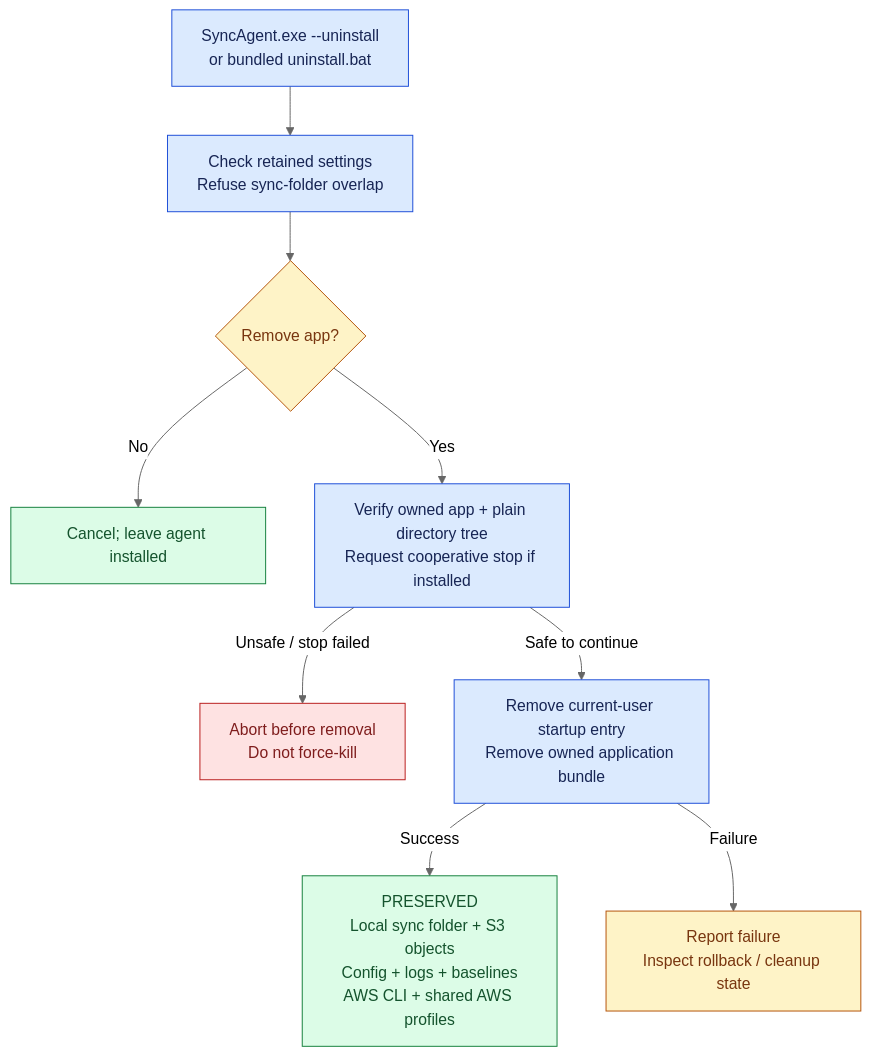
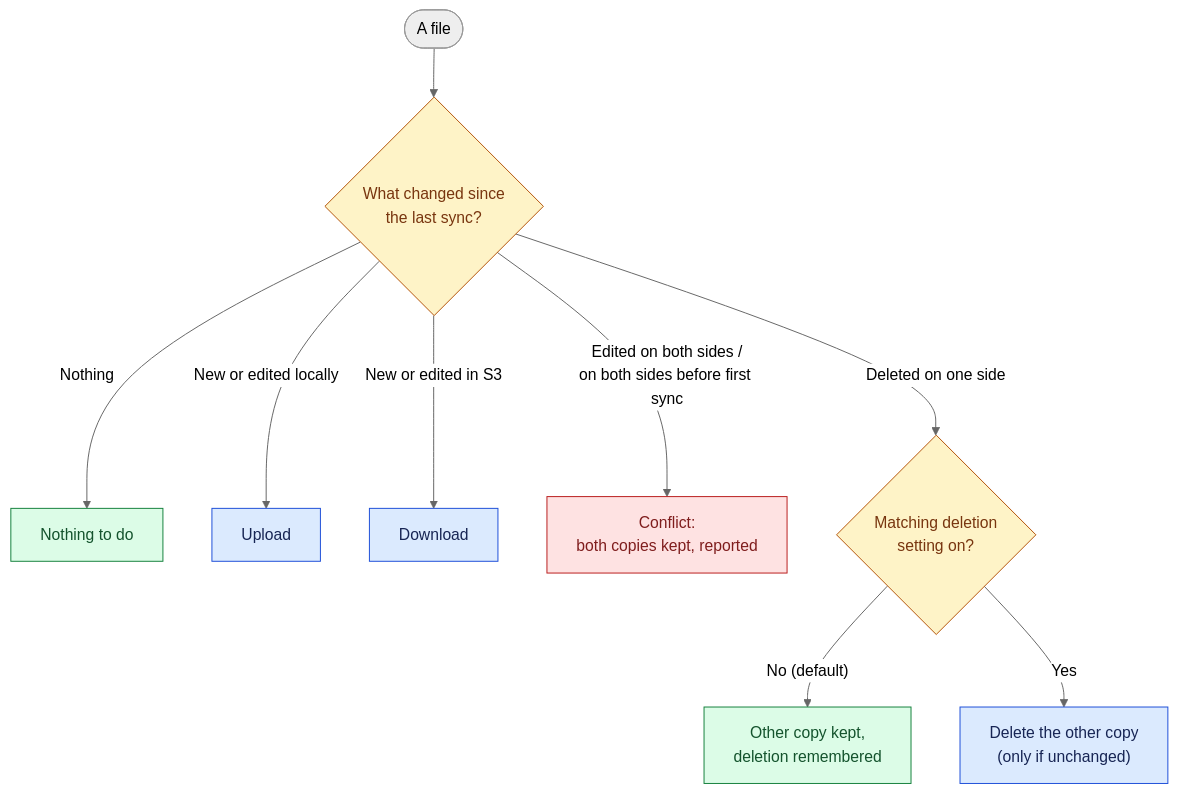
Before and after one commit to Abdelkoddous0/sync_agent: the fourth of 4 diagrams in README.md, drawn with Mermaid (neutral theme). The commit also changed other lines of this file and 21 other files, not shown here.

First line of the commit message:
Add complete documentation with flowcharts and screenshots

````diff
--- a/README.md
+++ b/README.md
@@ -352,21 +279,21 @@
 ```mermaid
-flowchart TB
-    accTitle: Uninstall scope and data preservation
-    accDescr: After overlap checks and confirmation, verify the application tree and request a cooperative stop. On success remove only the owned app and current-user startup entry. Preserve local and S3 data, settings, baselines, AWS CLI and AWS profiles.
-    Request["SyncAgent.exe --uninstall<br/>or bundled uninstall.bat"] --> Scope["Check retained settings<br/>Refuse sync-folder overlap"]
-    Scope --> Confirm{"Remove app?"}
-    Confirm -->|"No"| Cancel["Cancel; leave agent installed"]
-    Confirm -->|"Yes"| Check["Verify owned app + plain directory tree<br/>Request cooperative stop if installed"]
-    Check -->|"Unsafe / stop failed"| Abort["Abort before removal<br/>Do not force-kill"]
-    Check -->|"Safe to continue"| Remove["Remove current-user startup entry<br/>Remove owned application bundle"]
-    Remove -->|"Success"| Kept["PRESERVED<br/>Local sync folder + S3 objects<br/>Config + logs + baselines<br/>AWS CLI + shared AWS profiles"]
-    Remove -->|"Failure"| Inspect["Report failure<br/>Inspect rollback / cleanup state"]
-    classDef process fill:#dbeafe,stroke:#1d4ed8,color:#172554
-    classDef decision fill:#fef3c7,stroke:#b45309,color:#78350f
+flowchart TD
+    accTitle: Per-file decision
+    accDescr: Files changed on one side are copied to the other. Files changed on both sides, or present on both sides before the first sync, are conflicts. Deletions are only copied when the matching deletion setting is on.
+    F(["A file"]) --> Q{"What changed since<br/>the last sync?"}
+    Q -->|"Nothing"| N["Nothing to do"]
+    Q -->|"New or edited locally"| U["Upload"]
+    Q -->|"New or edited in S3"| D["Download"]
+    Q -->|"Edited on both sides /<br/>on both sides before first sync"| C["Conflict:<br/>both copies kept, reported"]
+    Q -->|"Deleted on one side"| Del{"Matching deletion<br/>setting on?"}
+    Del -->|"No (default)"| K["Other copy kept,<br/>deletion remembered"]
+    Del -->|"Yes"| R["Delete the other copy<br/>(only if unchanged)"]
+    classDef work fill:#dbeafe,stroke:#1d4ed8,color:#172554
+    classDef decide fill:#fef3c7,stroke:#b45309,color:#78350f
     classDef stop fill:#fee2e2,stroke:#b91c1c,color:#7f1d1d
     classDef done fill:#dcfce7,stroke:#15803d,color:#14532d
-    class Request,Scope,Check,Remove process
-    class Confirm,Inspect decision
-    class Abort stop
-    class Cancel,Kept done
+    class U,D,R work
+    class Q,Del decide
+    class C stop
+    class N,K done
 ```
````
